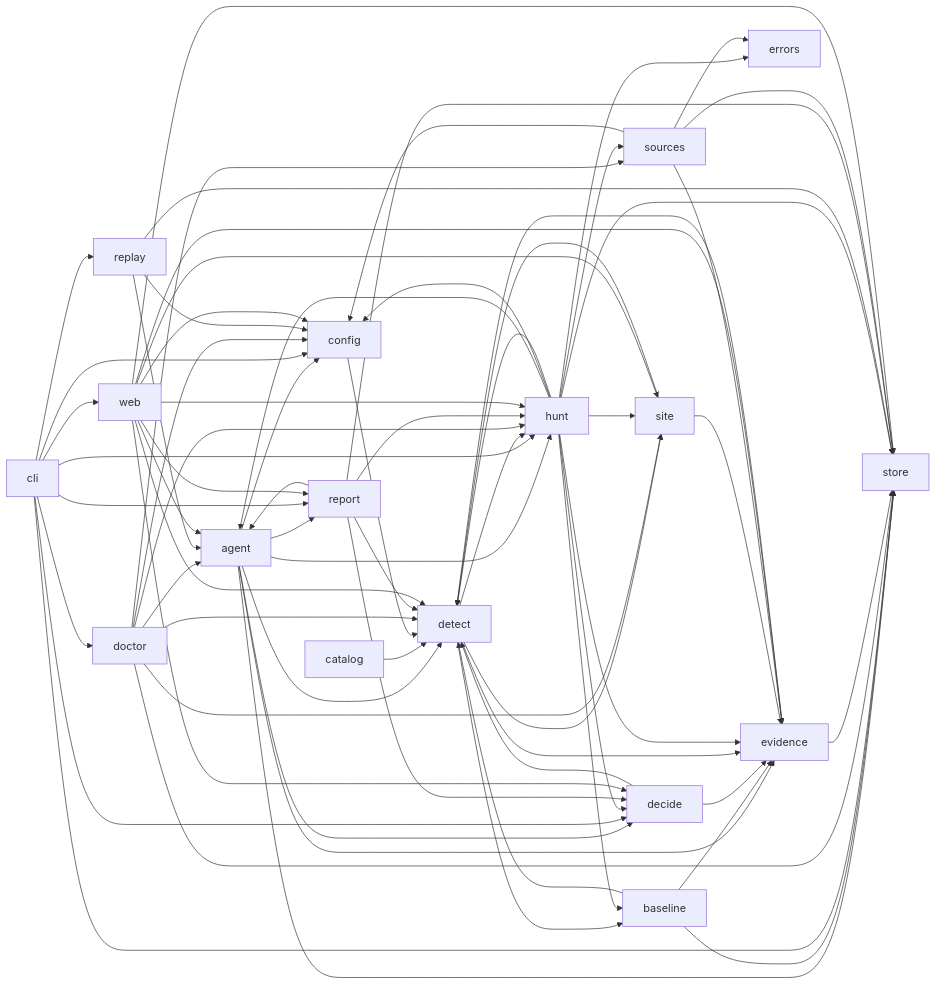
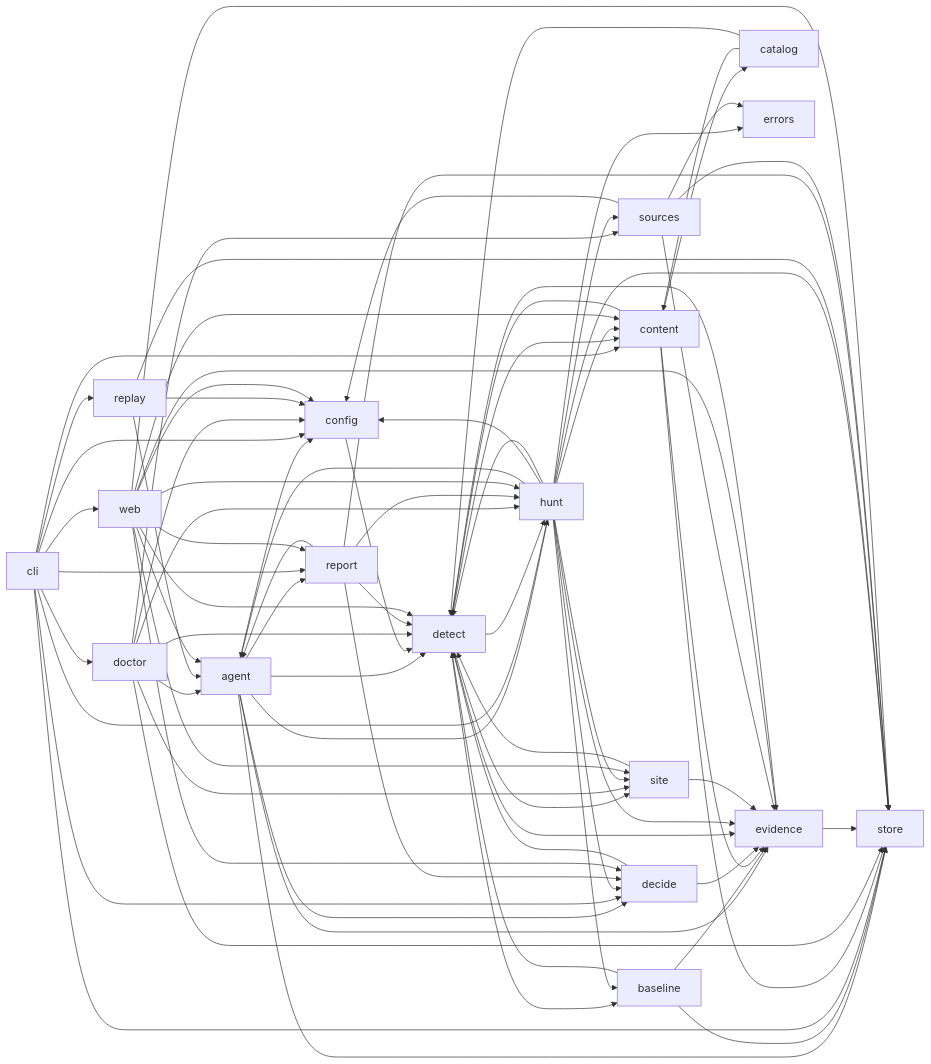
Before and after one commit to nickthabib-cloud/ROMULUS: the diagram in docs/architecture/MODULE_MAP.md, drawn with Mermaid. The commit also changed other lines of this file and 22 other files, not shown here.

````diff
--- a/docs/architecture/MODULE_MAP.md
+++ b/docs/architecture/MODULE_MAP.md
@@ -228,71 +239,80 @@
 ```mermaid
 graph LR
   agent --> config
   agent --> decide
   agent --> detect
   agent --> evidence
   agent --> hunt
   agent --> report
   agent --> store
   baseline --> detect
   baseline --> evidence
   baseline --> store
+  catalog --> content
   catalog --> detect
   cli --> config
+  cli --> content
   cli --> decide
   cli --> doctor
   cli --> hunt
   cli --> replay
   cli --> report
   cli --> store
   cli --> web
   config --> detect
+  content --> catalog
+  content --> detect
+  content --> evidence
+  content --> store
   decide --> detect
   decide --> evidence
   detect --> baseline
+  detect --> content
   detect --> evidence
   detect --> hunt
   detect --> site
   doctor --> agent
   doctor --> config
   doctor --> detect
   doctor --> hunt
   doctor --> site
   doctor --> sources
   doctor --> store
   evidence --> detect
   evidence --> store
   hunt --> agent
   hunt --> baseline
   hunt --> config
+  hunt --> content
   hunt --> decide
   hunt --> detect
   hunt --> errors
   hunt --> evidence
   hunt --> site
   hunt --> sources
   hunt --> store
   replay --> agent
   replay --> config
   replay --> store
   report --> agent
   report --> decide
   report --> detect
   report --> hunt
   report --> store
   site --> detect
   site --> evidence
   sources --> config
   sources --> errors
   sources --> evidence
   sources --> store
   web --> agent
   web --> config
+  web --> content
   web --> decide
   web --> detect
   web --> evidence
   web --> hunt
   web --> report
   web --> site
   web --> store
 ```
````
